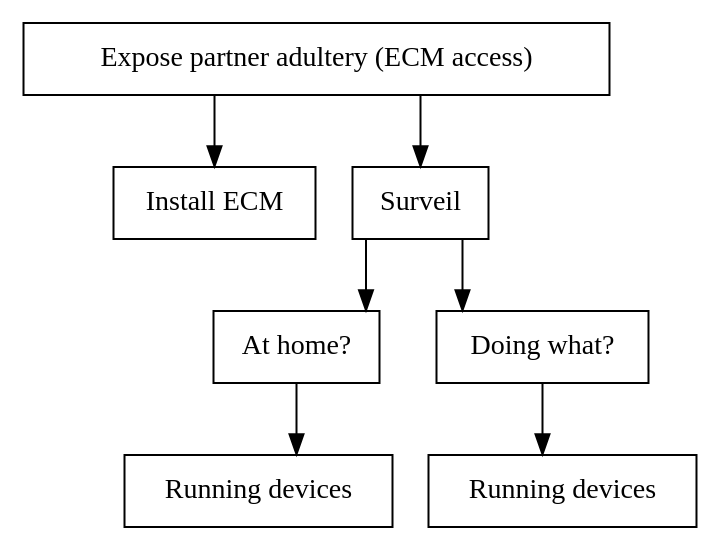
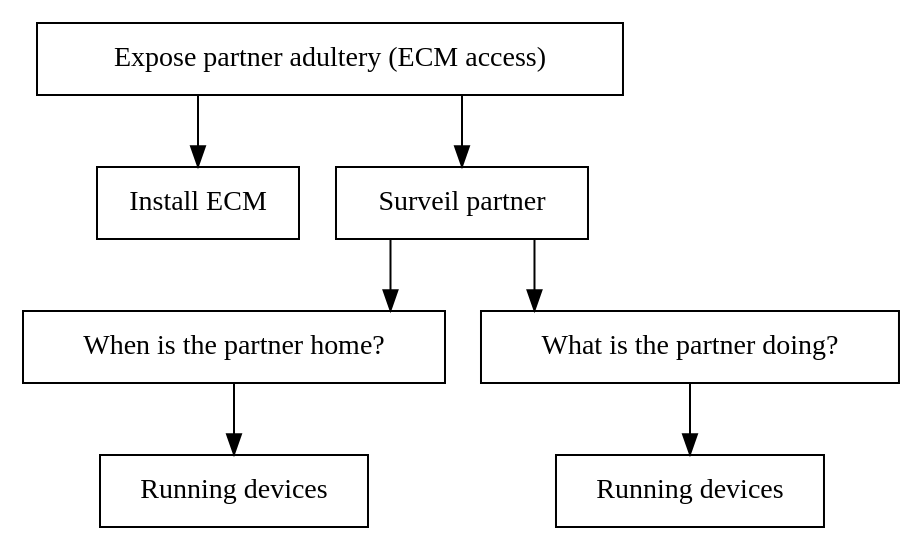
One commit to des904e15/report changed the diagram in figures/graphviz/partner_vs_consumer_ecm.dot. Above: the diagram before and after it, drawn with Graphviz. The commit also changed 2 other files, not shown here.

```diff
--- a/figures/graphviz/partner_vs_consumer_ecm.dot
+++ b/figures/graphviz/partner_vs_consumer_ecm.dot
@@ -1,25 +1,25 @@
 digraph finite_state_machine {
   node [shape = rectangle];
   graph [splines=ortho];
 
   root[label = "Expose partner adultery (ECM access)",shape=AND];
 
   Install_ecm[label="Install ECM"];
   root->Install_ecm;
    
 
-  surveil[label="Surveil",shape=OR];
+  surveil[label="Surveil partner",shape=OR];
   root->surveil;
 
-    at_home[label="At home?"];
+    at_home[label="When is the partner home?"];
     surveil->at_home
 
       running_devices[label="Running devices"];
       at_home->running_devices;
 
-    doing_what[label="Doing what?"];
+    doing_what[label="What is the partner doing?"];
     surveil->doing_what;
 
       running_devices2[label="Running devices"];
       doing_what->running_devices2;
 }
```
